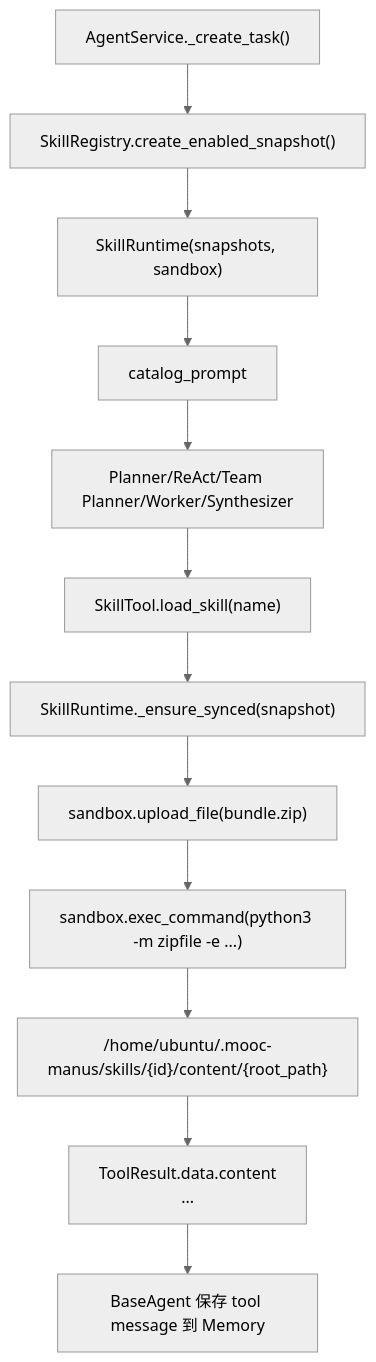
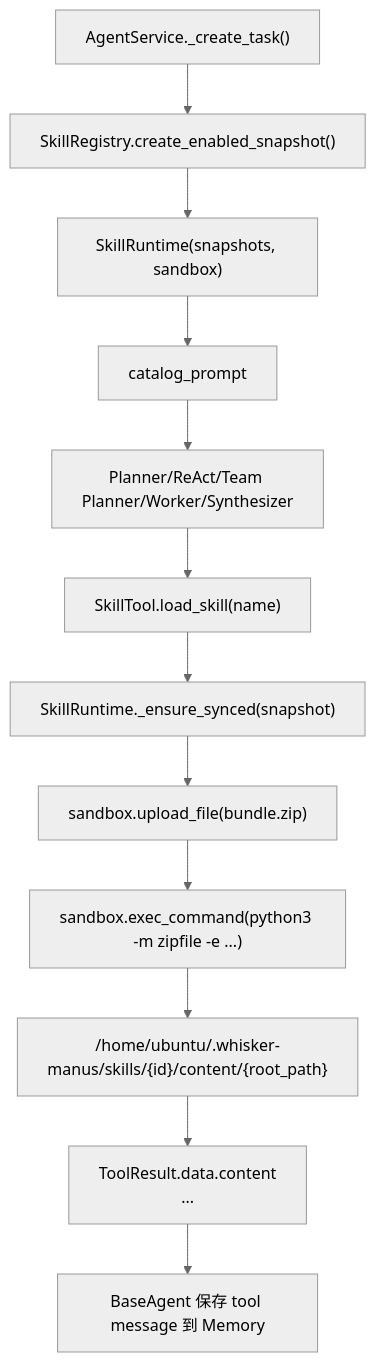
One commit to mmmjmmm/Whisker-Agent changed diagram 15 of 20 in docs/session-chain-flow.md. Above: the diagram before and after it, drawn with Mermaid (neutral theme). The commit also changed other lines of this file and 32 other files, not shown here.

````diff
--- a/docs/session-chain-flow.md
+++ b/docs/session-chain-flow.md
@@ -721,18 +721,18 @@
 ```mermaid
 flowchart TD
   CREATE["AgentService._create_task()"]
   SNAP["SkillRegistry.create_enabled_snapshot()"]
   RUNTIME["SkillRuntime(snapshots, sandbox)"]
   CATALOG["catalog_prompt<br/><available_skills>"]
   AGENT["Planner/ReAct/Team Planner/Worker/Synthesizer"]
   LOAD["SkillTool.load_skill(name)"]
   ENSURE["SkillRuntime._ensure_synced(snapshot)"]
   UPLOAD["sandbox.upload_file(bundle.zip)"]
   EXTRACT["sandbox.exec_command(python3 -m zipfile -e ...)"]
-  DIR["/home/ubuntu/.mooc-manus/skills/{id}/content/{root_path}"]
+  DIR["/home/ubuntu/.whisker-manus/skills/{id}/content/{root_path}"]
   CONTENT["ToolResult.data.content<br/><skill_content>...</skill_content>"]
   MEMORY["BaseAgent 保存 tool message 到 Memory"]
 
   CREATE --> SNAP --> RUNTIME --> CATALOG --> AGENT --> LOAD --> ENSURE
   ENSURE --> UPLOAD --> EXTRACT --> DIR --> CONTENT --> MEMORY
 ```
````
